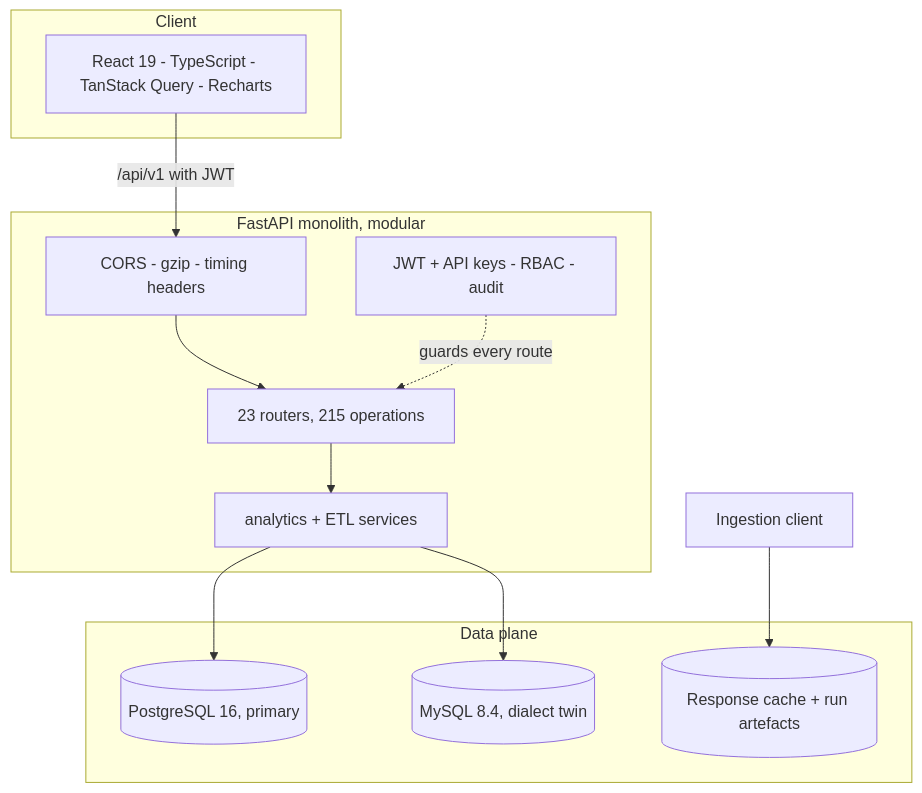
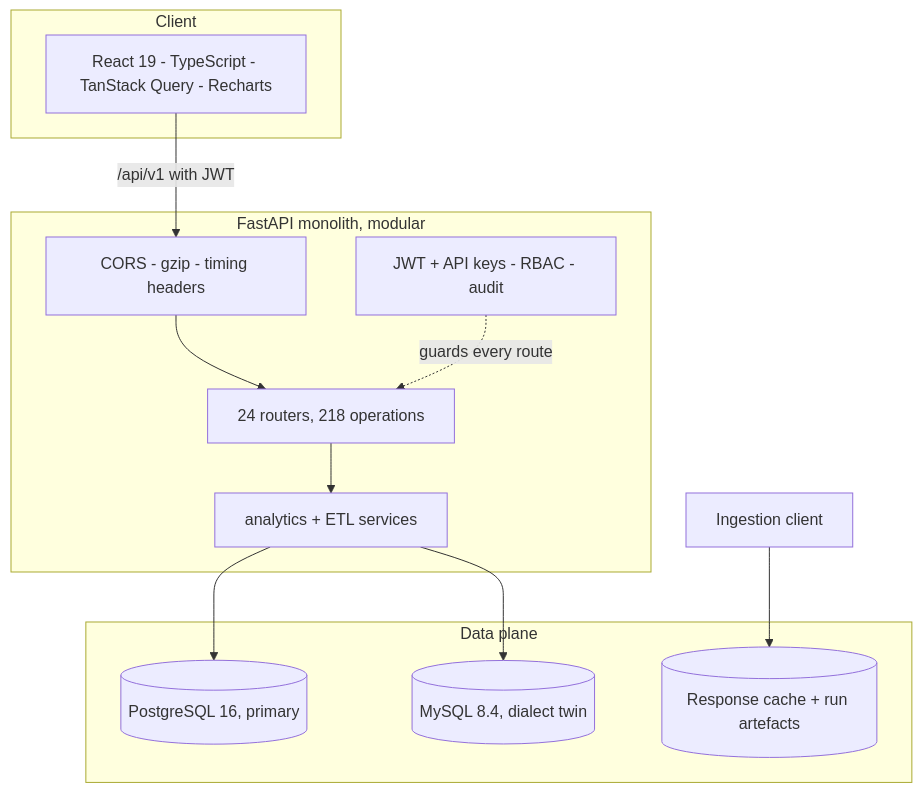
The third of 15 diagrams in README.md (Ahmedbakr78/Web-to-Warehouse-Product-Intelligence-Pipeline), drawn with Mermaid before and after one commit. The commit also changed other lines of this file and 5 other files, not shown here.

````diff
--- a/README.md
+++ b/README.md
@@ -356,22 +356,22 @@
 ```mermaid
 flowchart TB
     subgraph Browser["Client"]
         RE["React 19 - TypeScript - TanStack Query - Recharts"]
     end
     subgraph Server["FastAPI monolith, modular"]
         MW["CORS - gzip - timing headers"]
-        RT["23 routers, 215 operations"]
+        RT["24 routers, 218 operations"]
         SV["analytics + ETL services"]
         SEC["JWT + API keys - RBAC - audit"]
         MW --> RT --> SV
         SEC -.guards every route.-> RT
     end
     subgraph Data["Data plane"]
         PG[("PostgreSQL 16, primary")]
         MY[("MySQL 8.4, dialect twin")]
         FS[("Response cache + run artefacts")]
     end
     RE -->|"/api/v1 with JWT"| MW
     SV --> PG & MY
     HC2["Ingestion client"] --> FS
 ```
````
